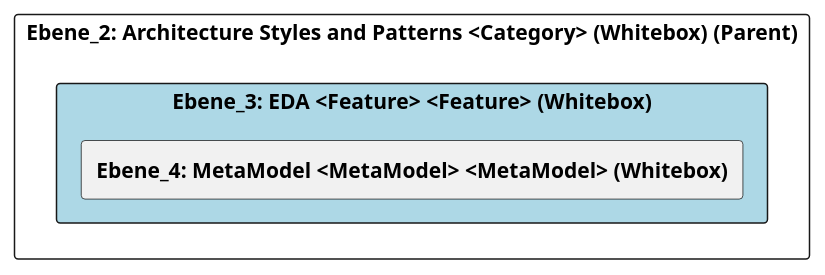
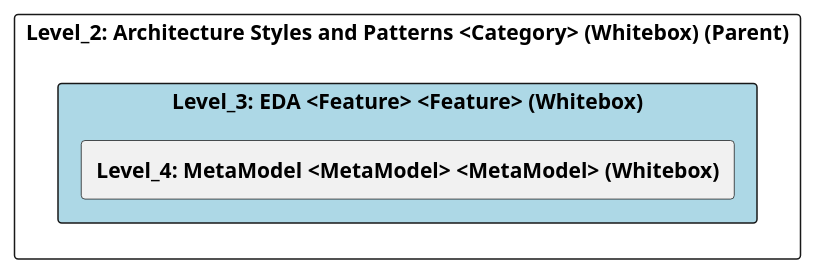
Before and after one commit to marcozwyssig/cleon: the diagram in doc/cleonproject_deliverables_architecture_model_architecture/adoc/de/05_bausteinsicht/cleon/architecture_styles_and_patterns/eda/ebene_3_eda.adoc, drawn with PlantUML. The commit also changed other lines of this file and 83 other files, not shown here.

```diff
--- a/doc/cleonproject_deliverables_architecture_model_architecture/adoc/de/05_bausteinsicht/cleon/architecture_styles_and_patterns/eda/ebene_3_eda.adoc
+++ b/doc/cleonproject_deliverables_architecture_model_architecture/adoc/de/05_bausteinsicht/cleon/architecture_styles_and_patterns/eda/ebene_3_eda.adoc
@@ -20,24 +20,24 @@
-[plantuml, Ebene_3: EDA <Feature> <Feature> (Whitebox)BlockOverview, format="svg"]
+[plantuml, Level_3: EDA <Feature> <Feature> (Whitebox)BlockOverview, format="svg"]
 ----
-@startuml Ebene_3: EDA <Feature> <Feature> (Whitebox)BuildingBlockOverview
+@startuml Level_3: EDA <Feature> <Feature> (Whitebox)BuildingBlockOverview
 
 skinparam ranksep 10
 skinparam componentStyle rectangle
 skinparam shadowing false
 skinparam arrowColor lightblue
 skinparam arrowThickness 1.2
 skinparam rectangle {
   BackgroundColor White
   BorderColor #333
   RoundCorner 10
 }
 top to bottom direction
 
-component "Ebene_2: Architecture Styles and Patterns <Category> (Whitebox) (Parent)" {
-    component "Ebene_3: EDA <Feature> <Feature> (Whitebox)" #lightblue {
-        [**Ebene_4: MetaModel <MetaModel> <MetaModel> (Whitebox)**] as 4A56DE46_D579_11EE_903E_9F564E4DE07E
+component "Level_2: Architecture Styles and Patterns <Category> (Whitebox) (Parent)" {
+    component "Level_3: EDA <Feature> <Feature> (Whitebox)" #lightblue {
+        [**Level_4: MetaModel <MetaModel> <MetaModel> (Whitebox)**] as 4A56DE46_D579_11EE_903E_9F564E4DE07E
     }
 }
 
 @enduml
 ----
```
